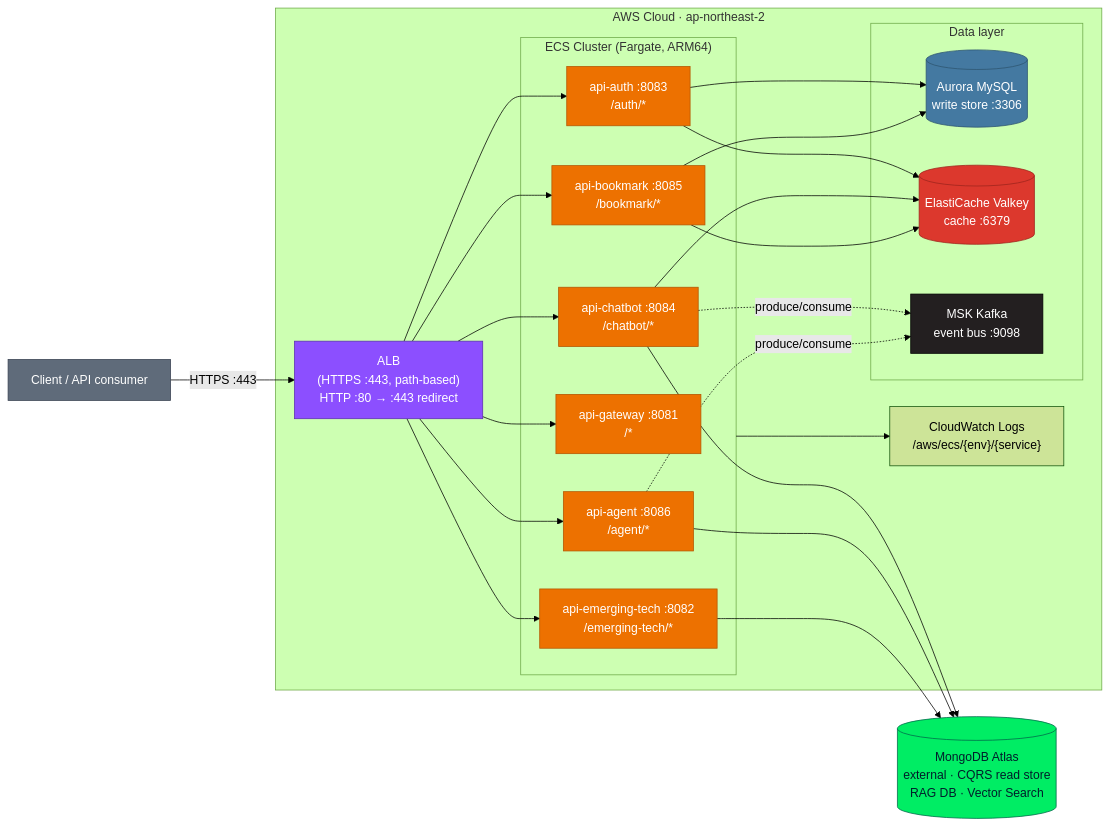
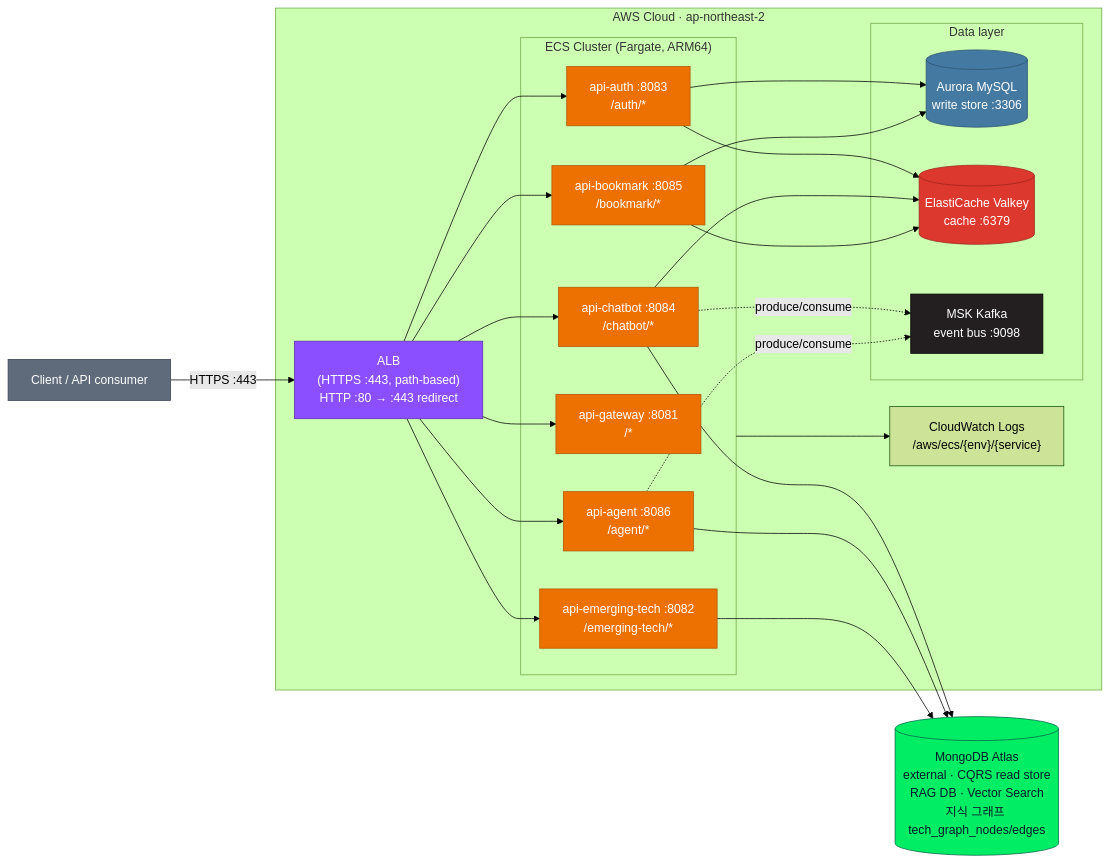
The first of 4 diagrams in devops/aws/mermaid/architecture.md (thswlsqls/tech-n-ai-backend), drawn with Mermaid (forest theme) before and after one commit. The commit also changed 6 other files, not shown here.

First line of the commit message:
docs : [main] 지식 그래프를 ERD와 아키텍처 다이어그램에 반영

````diff
--- a/devops/aws/mermaid/architecture.md
+++ b/devops/aws/mermaid/architecture.md
@@ -13,66 +13,67 @@
 ```mermaid
 flowchart LR
     client["Client / API consumer"]
 
     subgraph aws["AWS Cloud · ap-northeast-2"]
         alb["ALB<br/>(HTTPS :443, path-based)<br/>HTTP :80 → :443 redirect"]
 
         subgraph ecs["ECS Cluster (Fargate, ARM64)"]
             gw["api-gateway :8081<br/>/*"]
             auth["api-auth :8083<br/>/auth/*"]
             et["api-emerging-tech :8082<br/>/emerging-tech/*"]
             chat["api-chatbot :8084<br/>/chatbot/*"]
             book["api-bookmark :8085<br/>/bookmark/*"]
             agent["api-agent :8086<br/>/agent/*"]
         end
 
         subgraph data["Data layer"]
             aurora[("Aurora MySQL<br/>write store :3306")]
             valkey[("ElastiCache Valkey<br/>cache :6379")]
             msk["MSK Kafka<br/>event bus :9098"]
         end
 
         logs["CloudWatch Logs<br/>/aws/ecs/{env}/{service}"]
     end
 
-    mongo[("MongoDB Atlas<br/>external · CQRS read store<br/>RAG DB · Vector Search")]
+    mongo[("MongoDB Atlas<br/>external · CQRS read store<br/>RAG DB · Vector Search<br/>지식 그래프 tech_graph_nodes/edges")]
 
     client -->|HTTPS :443| alb
     alb --> gw & auth & et & chat & book & agent
 
     auth --> aurora
     book --> aurora
     auth --> valkey
     chat --> valkey
     book --> valkey
 
     chat -.->|produce/consume| msk
     agent -.->|produce/consume| msk
 
     chat --> mongo
     agent --> mongo
     et --> mongo
 
     ecs --> logs
 
     %% 환경 차이: dev 에는 MSK 노드와 점선 연결이 없음. beta=MSK Serverless, prod=MSK Provisioned(3 broker).
     %% ALB 프로토콜: prod=HTTPS 443(+80 리다이렉트), dev/beta=HTTP 80. 위 그림은 prod 기준.
     %% 프런트(Amplify/CloudFront)는 모듈만 있고 미배포 → 진입점은 ALB 뿐.
+    %% 배치(batch-source·batch-eval·batch-graph)는 ECS 서비스로 배포되지 않는다(facts §3). batch-graph가 만든 지식 그래프만 Atlas에 남아 api-chatbot이 읽는다.
 
     %% 색상: 공식 브랜드·AWS 카테고리 색으로 계층을 한눈에 구분
     classDef cons fill:#5F6B7A,stroke:#3B4453,color:#fff
     classDef lb fill:#8C4FFF,stroke:#5B2FB0,color:#fff
     classDef svc fill:#ED7100,stroke:#B35600,color:#fff
     classDef rdb fill:#4479A1,stroke:#2D5570,color:#fff
     classDef cache fill:#DC382D,stroke:#9E241C,color:#fff
     classDef bus fill:#231F20,stroke:#000000,color:#fff
     classDef mongodb fill:#00ED64,stroke:#00684A,color:#001E2B
 
     class client cons
     class alb lb
     class gw,auth,et,chat,book,agent svc
     class aurora rdb
     class valkey cache
     class msk bus
     class mongo mongodb
 ```
````
